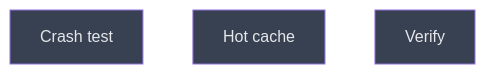
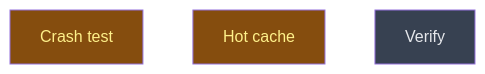
Before and after one commit to CrackingShells/cracking-shells-playbook: the diagram in __roadmap__/m1-core-foundation/settle/build/codec/store/harden/README.md, drawn with Mermaid. The commit also changed other lines of this file and 1 other file, not shown here.

Commit message:
chore(roadmap): start the m1 crash test and hot cache

````diff
--- a/__roadmap__/m1-core-foundation/settle/build/codec/store/harden/README.md
+++ b/__roadmap__/m1-core-foundation/settle/build/codec/store/harden/README.md
@@ -18,11 +18,11 @@
 ```mermaid
 graph TD
-    crash_test[Crash test]:::planned
-    hot_cache[Hot cache]:::planned
+    crash_test[Crash test]:::inprogress
+    hot_cache[Hot cache]:::inprogress
     verify[Verify]:::planned
     classDef done       fill:#166534,color:#bbf7d0
     classDef inprogress fill:#854d0e,color:#fef08a
     classDef planned    fill:#374151,color:#e5e7eb
     classDef amendment  fill:#1e3a5f,color:#bfdbfe
     classDef blocked    fill:#7f1d1d,color:#fecaca
 ```
````
